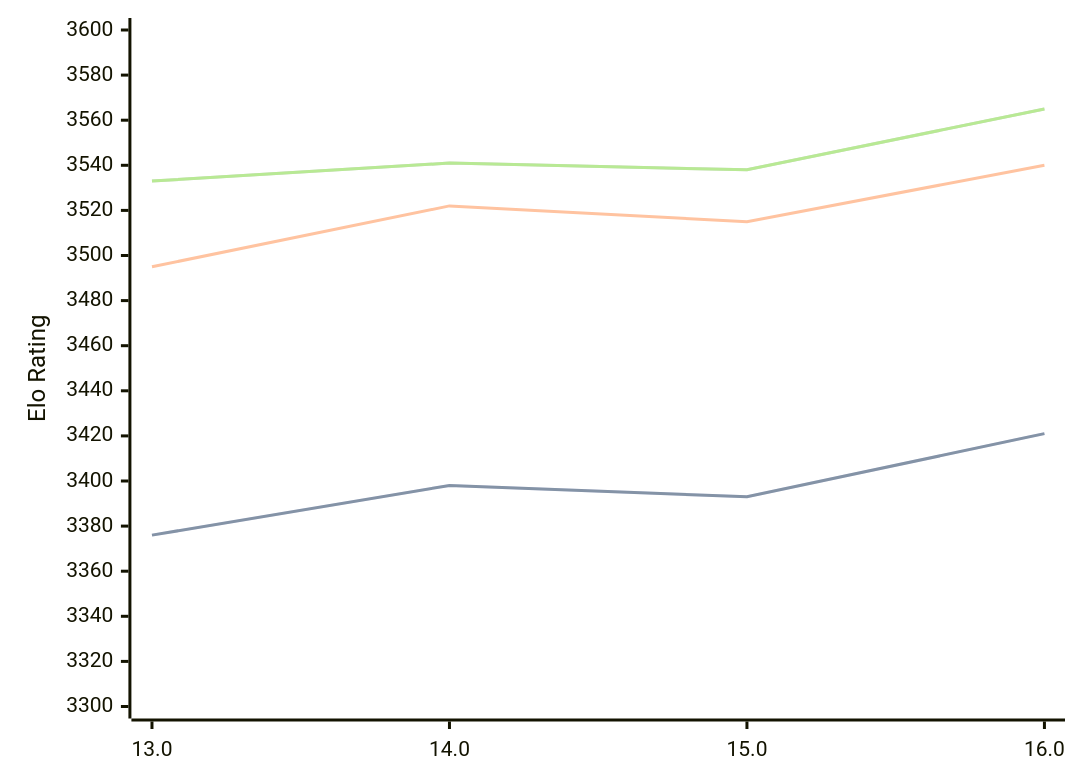
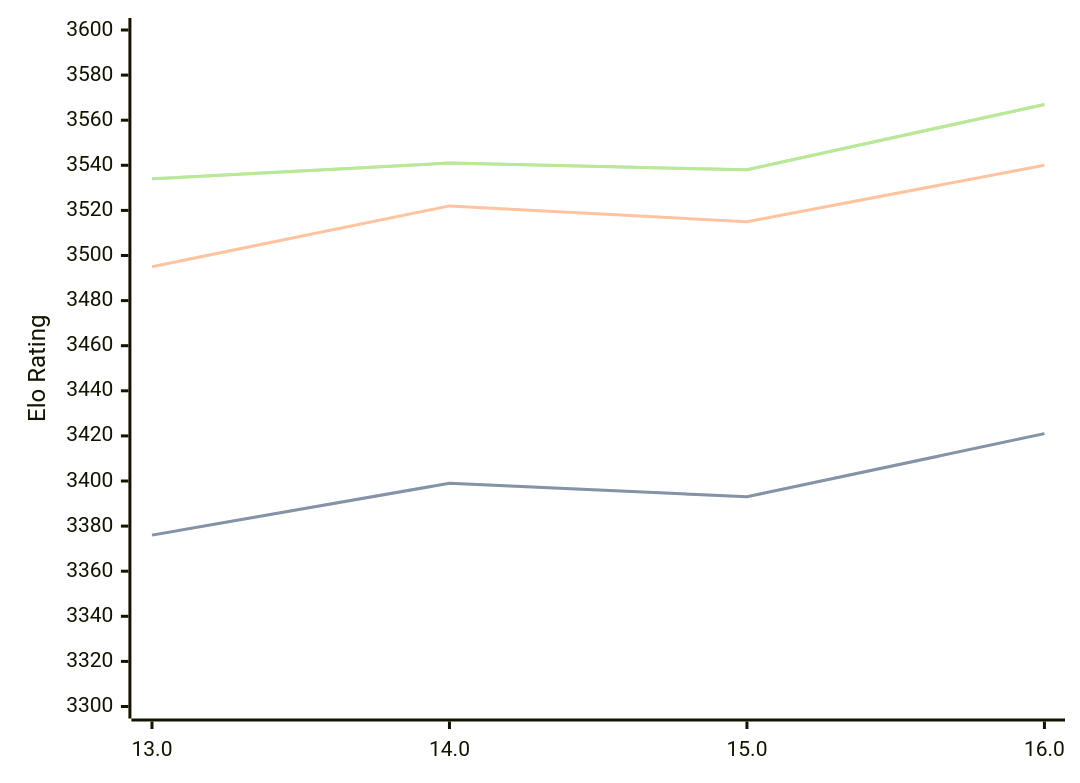
One commit to computer-chess-index/cci changed the third of 3 diagrams in engines/Obsidian.md. Above: the diagram before and after it, drawn with Mermaid. The commit also changed other lines of this file, not shown here.

Commit message:
Update CCI Ratings (ELO VLTC) - 2026-06-21

````diff
--- a/engines/Obsidian.md
+++ b/engines/Obsidian.md
@@ -76,11 +76,11 @@
 ```mermaid
 %%{init: {"theme":"base","themeVariables":{"seriesColors:['#a3a3a3','#222221','#faa371']}}}%%
 xychart-beta
   x-axis ["13.0", "14.0", "15.0", "16.0"]
   y-axis "Elo Rating" 3300 --> 3600
-  line "STC (8.0+0.08s)" [3376, 3398, 3393, 3421]
-  line "STC (8.0+0.08s)" [3376, 3398, 3393, 3421]
+  line "STC (8.0+0.08s)" [3376, 3399, 3393, 3421]
+  line "STC (8.0+0.08s)" [3376, 3399, 3393, 3421]
   line "LTC (60.0+0.60s)" [3495, 3522, 3515, 3540]
-  line "VLTC (2m24s+1.12s)" [3533, 3541, 3538, 3565]
-  line "VLTC (2m24s+1.12s)" [3533, 3541, 3538, 3565]
+  line "VLTC (2m24s+1.12s)" [3534, 3541, 3538, 3567]
+  line "VLTC (2m24s+1.12s)" [3534, 3541, 3538, 3567]
 ```
````
